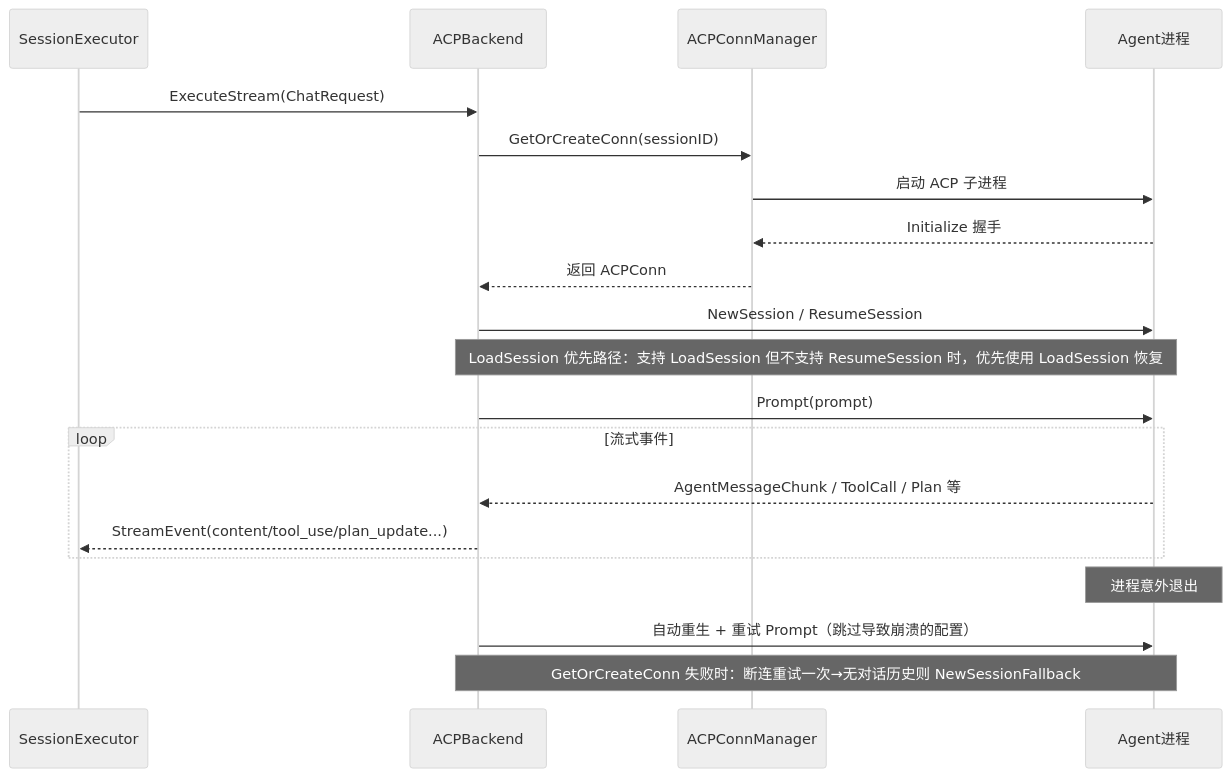
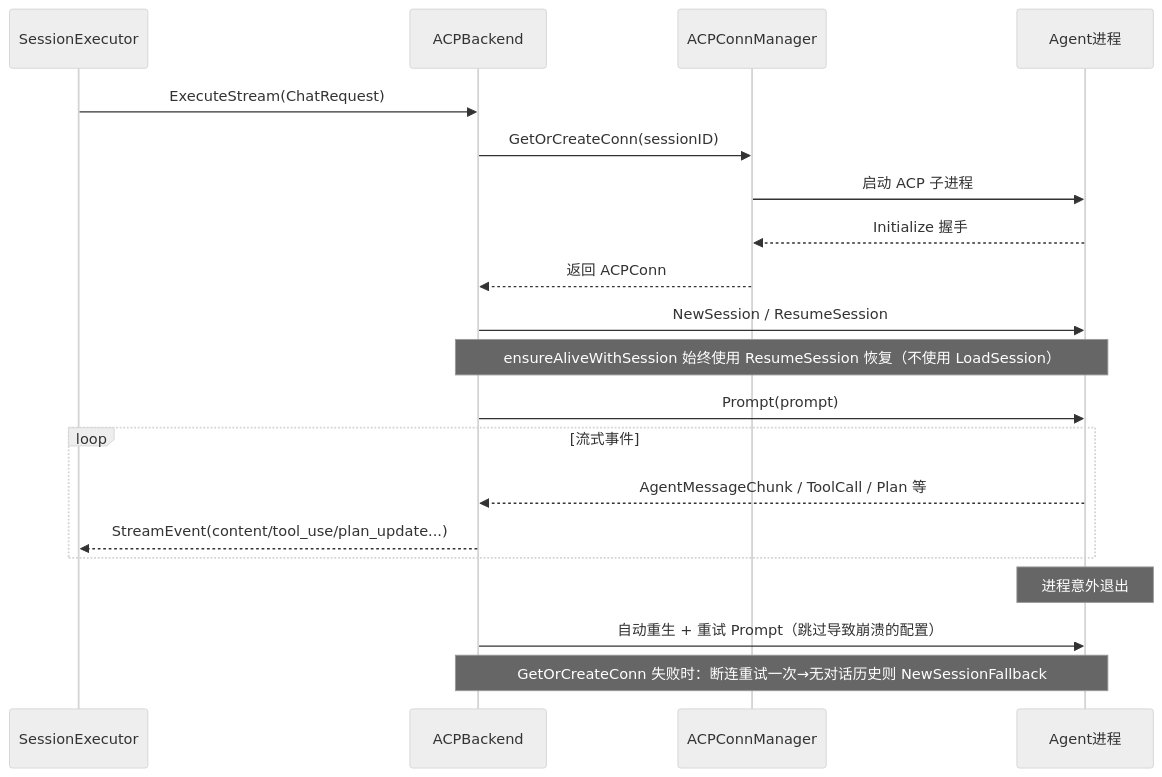
One commit to 0REZ/clawbench changed the second of 3 diagrams in docs/spec/core/ai-backend.md. Above: the diagram before and after it, drawn with Mermaid (neutral theme). The commit also changed other lines of this file and 48 other files, not shown here.

````diff
--- a/docs/spec/core/ai-backend.md
+++ b/docs/spec/core/ai-backend.md
@@ -27,23 +27,23 @@
 ```mermaid
 sequenceDiagram
     participant SessionExecutor
     participant ACPBackend
     participant ACPConnManager
     participant Agent进程
 
     SessionExecutor->>ACPBackend: ExecuteStream(ChatRequest)
     ACPBackend->>ACPConnManager: GetOrCreateConn(sessionID)
     ACPConnManager->>Agent进程: 启动 ACP 子进程
     Agent进程-->>ACPConnManager: Initialize 握手
     ACPConnManager-->>ACPBackend: 返回 ACPConn
     ACPBackend->>Agent进程: NewSession / ResumeSession
-    Note over ACPBackend,Agent进程: LoadSession 优先路径：支持 LoadSession 但不支持 ResumeSession 时，优先使用 LoadSession 恢复
+    Note over ACPBackend,Agent进程: ensureAliveWithSession 始终使用 ResumeSession 恢复（不使用 LoadSession）
     ACPBackend->>Agent进程: Prompt(prompt)
     loop 流式事件
         Agent进程-->>ACPBackend: AgentMessageChunk / ToolCall / Plan 等
         ACPBackend-->>SessionExecutor: StreamEvent(content/tool_use/plan_update...)
     end
     Note over Agent进程: 进程意外退出
     ACPBackend->>Agent进程: 自动重生 + 重试 Prompt（跳过导致崩溃的配置）
     Note over ACPBackend,Agent进程: GetOrCreateConn 失败时：断连重试一次→无对话历史则 NewSessionFallback
 ```
````
